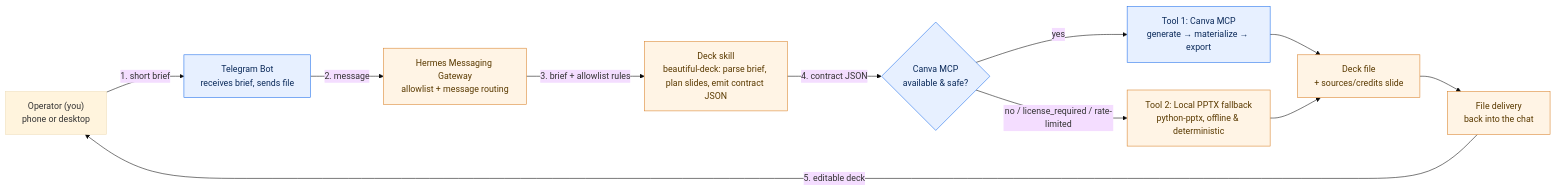
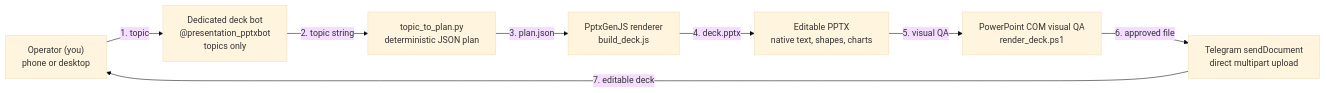
The diagram in docs/architecture.md (AliQaribli/pptx-automation), drawn with Mermaid (base theme) before and after one commit. The commit also changed other lines of this file and 8 other files, not shown here.

Commit message:
Plug PptxGenJS into Telegram deck bot and remove Canva from pipeline

````diff
--- a/docs/architecture.md
+++ b/docs/architecture.md
@@ -7,28 +7,18 @@
 ```mermaid
 flowchart LR
     U["Operator (you)<br/>phone or desktop"]
-    T["Telegram Bot<br/>receives brief, sends file"]
-    G["Hermes Messaging Gateway<br/>allowlist + message routing"]
-    S["Deck skill<br/>beautiful-deck: parse brief, plan slides, emit contract JSON"]
-    C{"Canva MCP<br/>available & safe?"}
-    M["Tool 1: Canva MCP<br/>generate → materialize → export"]
-    P["Tool 2: Local PPTX fallback<br/>python-pptx, offline & deterministic"]
-    F["Deck file<br/>+ sources/credits slide"]
-    D["File delivery<br/>back into the chat"]
+    B["Dedicated deck bot<br/>@presentation_pptxbot<br/>topics only"]
+    P["topic_to_plan.py<br/>deterministic JSON plan"]
+    R["PptxGenJS renderer<br/>build_deck.js"]
+    Q["PowerPoint COM visual QA<br/>render_deck.ps1"]
+    F["Editable PPTX<br/>native text, shapes, charts"]
+    D["Telegram sendDocument<br/>direct multipart upload"]
 
-    U -->|"1. short brief"| T
-    T -->|"2. message"| G
-    G -->|"3. brief + allowlist rules"| S
-    S -->|"4. contract JSON"| C
-    C -->|"yes"| M
-    C -->|"no / license_required / rate-limited"| P
-    M --> F
-    P --> F
-    F --> D
-    D -->|"5. editable deck"| U
-
-    classDef local fill:#fff4e5,stroke:#d9822b,color:#5a3a00;
-    classDef remote fill:#e7f0ff,stroke:#1f6feb,color:#0b2a5a;
-    class G,S,P,F,D local;
-    class T,C,M remote;
+    U -->|"1. topic"| B
+    B -->|"2. topic string"| P
+    P -->|"3. plan.json"| R
+    R -->|"4. deck.pptx"| F
+    F -->|"5. visual QA"| Q
+    Q -->|"6. approved file"| D
+    D -->|"7. editable deck"| U
 ```
````
